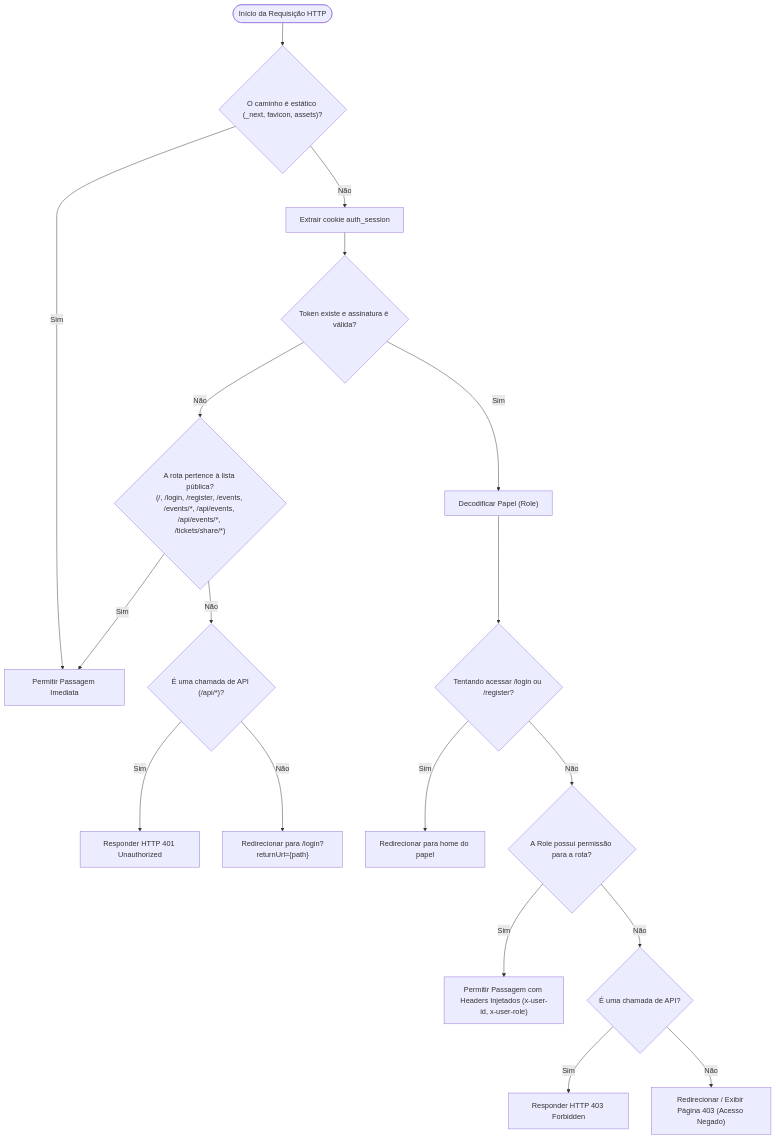
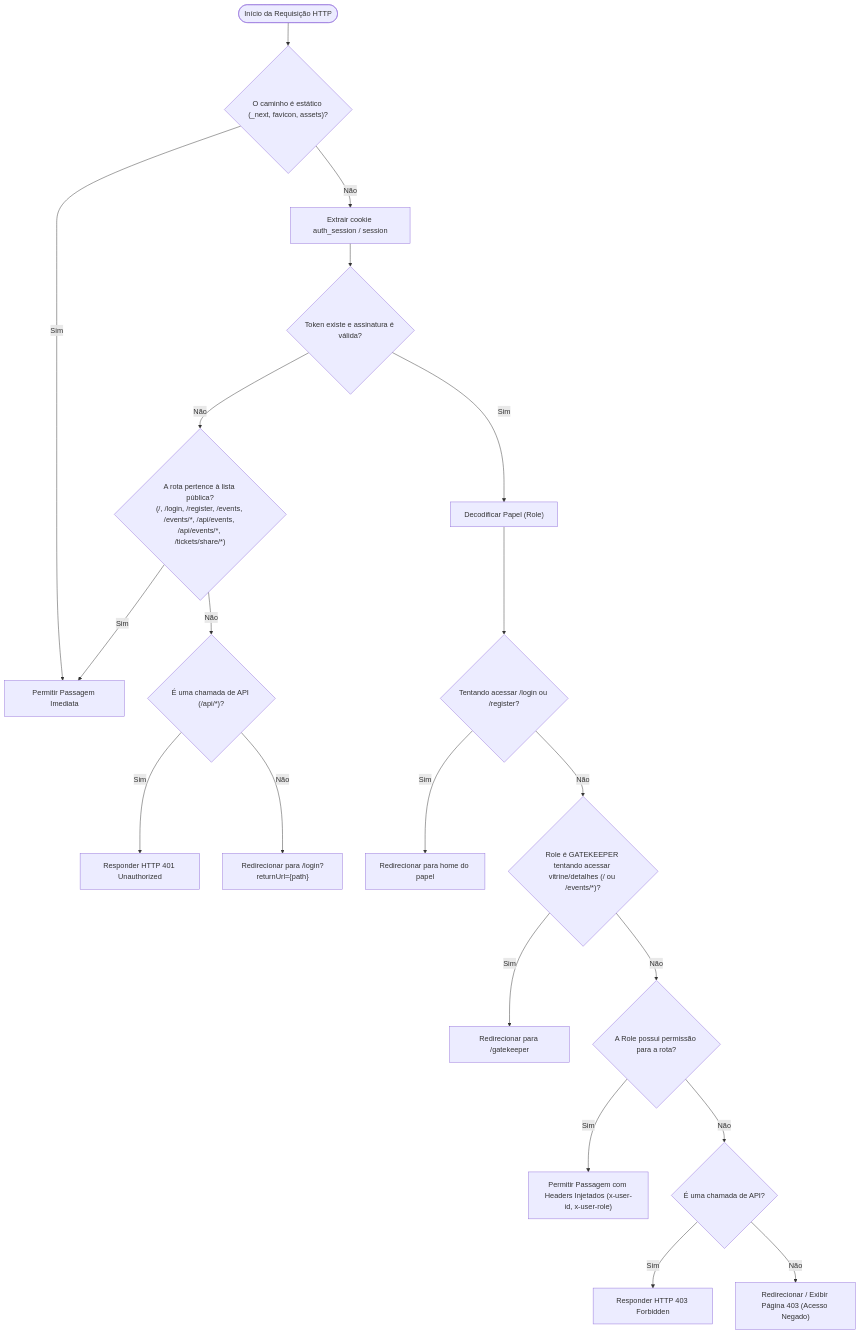
One commit to henriquemarioto/ticket-platform-verzel changed the third of 5 diagrams in docs/01-use-cases/01-AUTH-AND-ACCESS.md. Above: the diagram before and after it, drawn with Mermaid. The commit also changed other lines of this file and 23 other files, not shown here.

````diff
--- a/docs/01-use-cases/01-AUTH-AND-ACCESS.md
+++ b/docs/01-use-cases/01-AUTH-AND-ACCESS.md
@@ -429,24 +431,26 @@
 ```mermaid
 flowchart TD
     Start(["Início da Requisição HTTP"]) --> PathCheck{"O caminho é estático (_next, favicon, assets)?"}
     PathCheck -- "Sim" --> PassPublic["Permitir Passagem Imediata"]
-    PathCheck -- "Não" --> ExtractToken["Extrair cookie auth_session"]
+    PathCheck -- "Não" --> ExtractToken["Extrair cookie auth_session / session"]
     
     ExtractToken --> HasToken{"Token existe e assinatura é válida?"}
     
     HasToken -- "Não" --> IsPublic{"A rota pertence à lista pública?<br/>(/, /login, /register, /events, /events/*, /api/events, /api/events/*, /tickets/share/*)"}
     IsPublic -- "Sim" --> PassPublic
     IsPublic -- "Não" --> IsApi{"É uma chamada de API (/api/*)?"}
     IsApi -- "Sim" --> Resp401["Responder HTTP 401 Unauthorized"]
     IsApi -- "Não" --> RedirLogin["Redirecionar para /login?returnUrl={path}"]
     
     HasToken -- "Sim" --> DecodeRole["Decodificar Papel (Role)"]
     DecodeRole --> IsAuthRoute{"Tentando acessar /login ou /register?"}
     IsAuthRoute -- "Sim" --> RedirRoleHome["Redirecionar para home do papel"]
-    IsAuthRoute -- "Não" --> CheckPermissions{"A Role possui permissão para a rota?"}
+    IsAuthRoute -- "Não" --> IsGatekeeperOnCustomerRoute{"Role é GATEKEEPER tentando acessar vitrine/detalhes (/ ou /events/*)?"}
+    IsGatekeeperOnCustomerRoute -- "Sim" --> RedirGatekeeper["Redirecionar para /gatekeeper"]
+    IsGatekeeperOnCustomerRoute -- "Não" --> CheckPermissions{"A Role possui permissão para a rota?"}
     
     CheckPermissions -- "Sim" --> PassAuthorized["Permitir Passagem com Headers Injetados (x-user-id, x-user-role)"]
     CheckPermissions -- "Não" --> IsApiForbidden{"É uma chamada de API?"}
     IsApiForbidden -- "Sim" --> Resp403["Responder HTTP 403 Forbidden"]
     IsApiForbidden -- "Não" --> Show403Page["Redirecionar / Exibir Página 403 (Acesso Negado)"]
 ```
````
